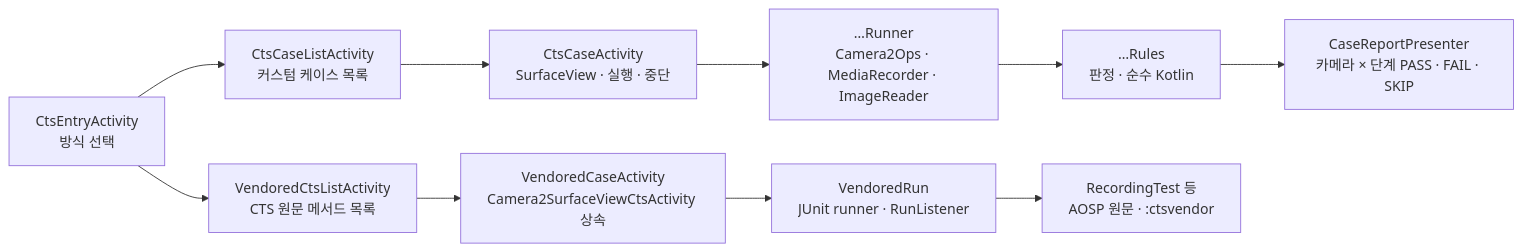
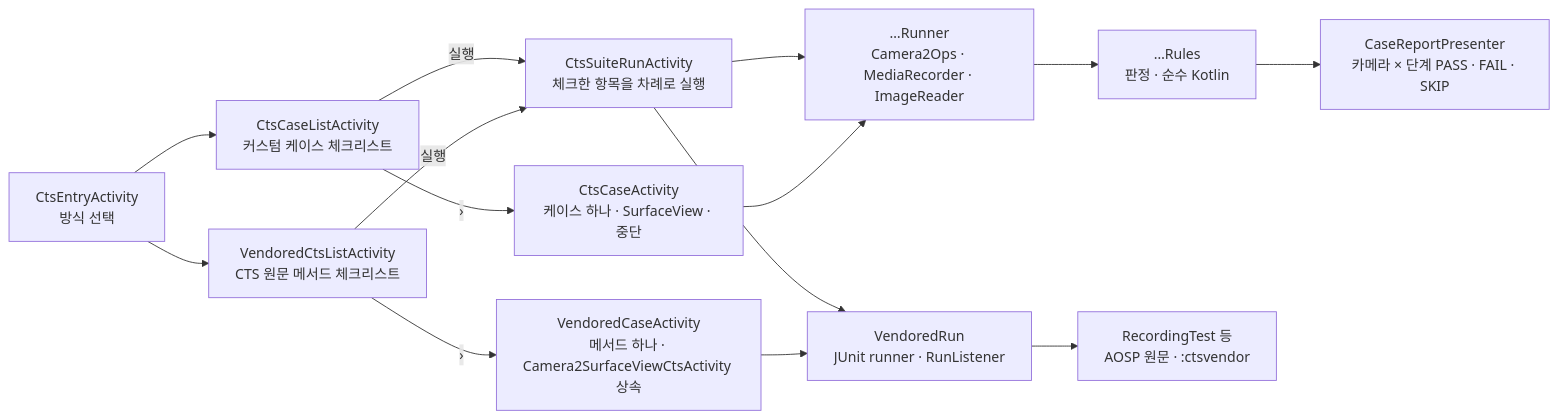
Before and after one commit to TTolsun/hal-camera: the diagram in guide/cts.md, drawn with Mermaid. The commit also changed other lines of this file and 18 other files, not shown here.

First line of the commit message:
Run several CTS cases in one go from a checklist

````diff
--- a/guide/cts.md
+++ b/guide/cts.md
@@ -8,12 +8,16 @@
 ```mermaid
 flowchart LR
-    E["CtsEntryActivity<br/>방식 선택"] --> L["CtsCaseListActivity<br/>커스텀 케이스 목록"]
-    E --> V["VendoredCtsListActivity<br/>CTS 원문 메서드 목록"]
-    L --> A["CtsCaseActivity<br/>SurfaceView · 실행 · 중단"]
-    A --> R["…Runner<br/>Camera2Ops · MediaRecorder · ImageReader"]
+    E["CtsEntryActivity<br/>방식 선택"] --> L["CtsCaseListActivity<br/>커스텀 케이스 체크리스트"]
+    E --> V["VendoredCtsListActivity<br/>CTS 원문 메서드 체크리스트"]
+    L -->|실행| S["CtsSuiteRunActivity<br/>체크한 항목을 차례로 실행"]
+    V -->|실행| S
+    L -->|›| A["CtsCaseActivity<br/>케이스 하나 · SurfaceView · 중단"]
+    S --> R["…Runner<br/>Camera2Ops · MediaRecorder · ImageReader"]
+    A --> R
     R --> J["…Rules<br/>판정 · 순수 Kotlin"]
     J --> P["CaseReportPresenter<br/>카메라 × 단계 PASS · FAIL · SKIP"]
-    V --> H["VendoredCaseActivity<br/>Camera2SurfaceViewCtsActivity 상속"]
-    H --> U["VendoredRun<br/>JUnit runner · RunListener"]
+    V -->|›| H["VendoredCaseActivity<br/>메서드 하나 · Camera2SurfaceViewCtsActivity 상속"]
+    S --> U["VendoredRun<br/>JUnit runner · RunListener"]
+    H --> U
     U --> T["RecordingTest 등<br/>AOSP 원문 · :ctsvendor"]
 ```
````
